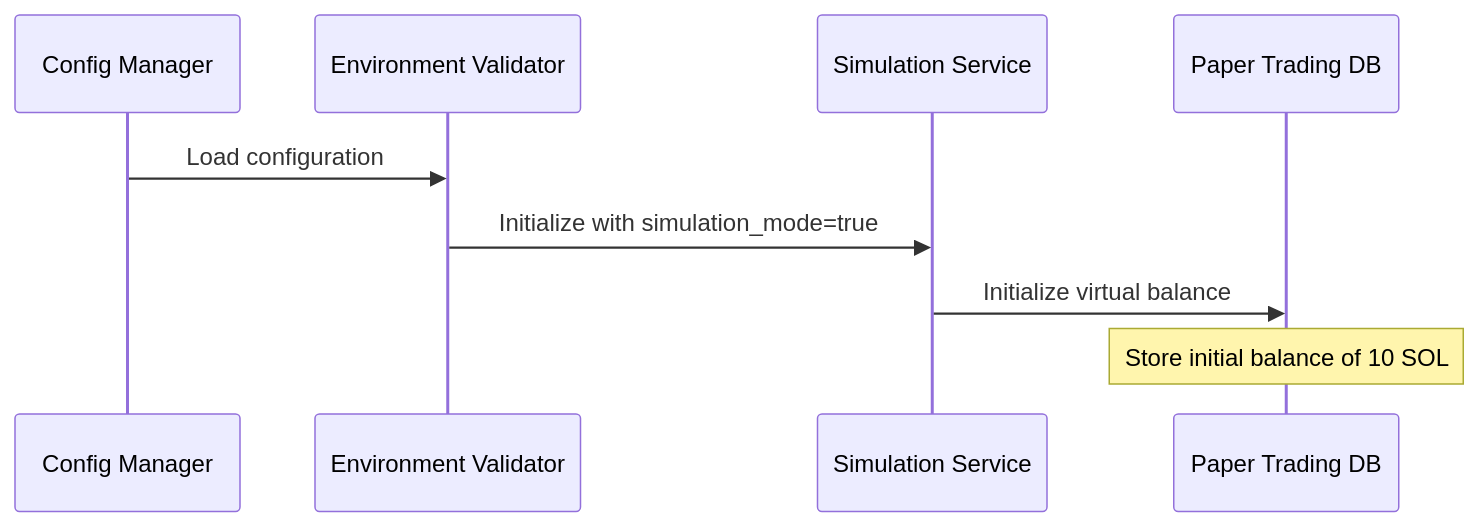
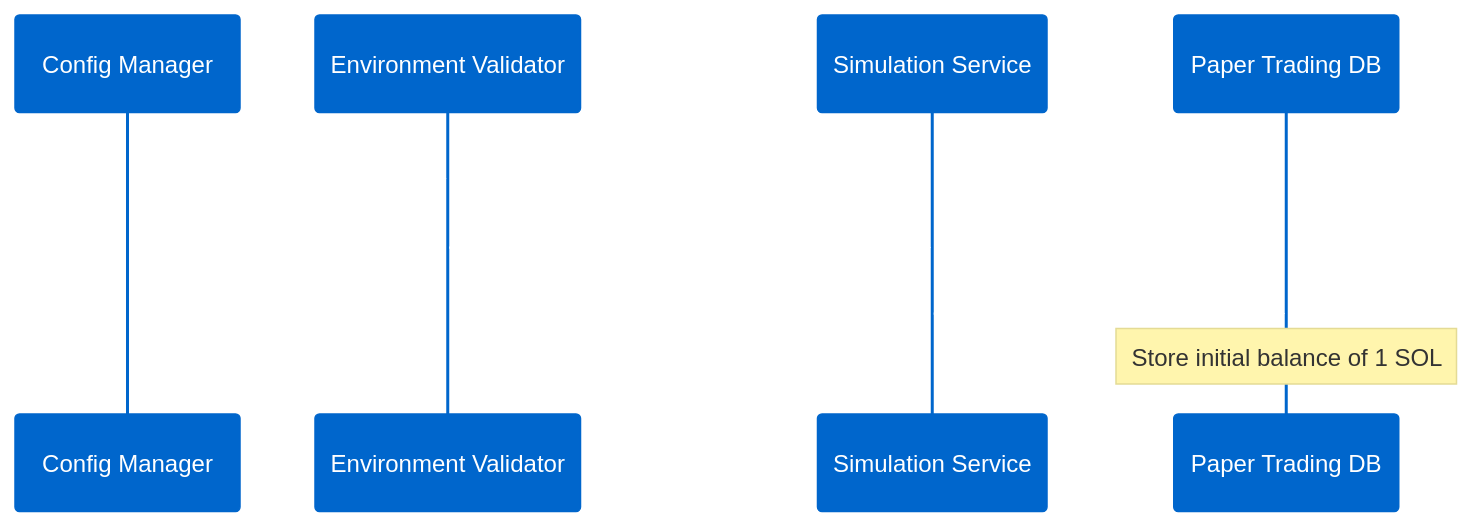
One commit to kodiii/SolanaTokenSniper changed the first of 4 diagrams in cline_docs/paperTrading_flow.md. Above: the diagram before and after it, drawn with Mermaid. The commit also changed other lines of this file and 6 other files, not shown here.

````diff
--- a/cline_docs/paperTrading_flow.md
+++ b/cline_docs/paperTrading_flow.md
@@ -9,12 +9,13 @@
 ```mermaid
+%%{init: {'theme': 'base', 'themeVariables': { 'primaryColor': '#0066cc', 'primaryTextColor': '#fff', 'primaryBorderColor': '#0066cc' }}}%%
 sequenceDiagram
     participant Config as Config Manager
     participant Env as Environment Validator
     participant Sim as Simulation Service
     participant DB as Paper Trading DB
 
     Config->>Env: Load configuration
     Env->>Sim: Initialize with simulation_mode=true
     Sim->>DB: Initialize virtual balance
-    Note over DB: Store initial balance of 10 SOL
+    Note over DB: Store initial balance of 1 SOL
 ```
````
